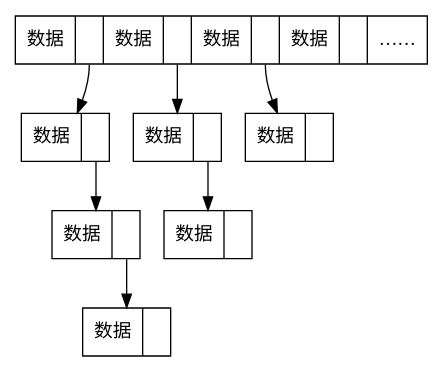
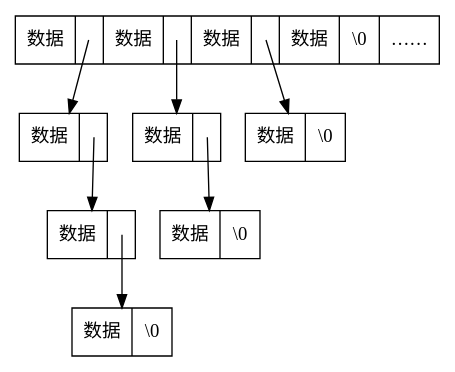
Before and after one commit to xavierwoo/data_structrues_notes: the fifth of 6 diagrams in src/第〇章-绪论.md, drawn with Graphviz. The commit also changed other lines of this file, not shown here.

Commit message:
优化图

````diff
--- a/src/第〇章-绪论.md
+++ b/src/第〇章-绪论.md
@@ -106,18 +123,18 @@
 ```dot
 digraph G{
     node[shape=record]
-    sData[label="数据|<p1>|数据 |<p2>|数据 |<p3>|数据||……"]
+    sData[label="数据|<p1>|数据 |<p2>|数据 |<p3>|数据|\\0|……"]
     A [label = "<data> 数据|<p> "];
     B [label = "<data> 数据|<p> "];
-    C [label = "<data> 数据|<p> "];
+    C [label = "<data> 数据|<p> \\0"];
     D [label = "<data> 数据|<p> "];
-    E [label = "<data> 数据|<p> "];
-    F [label = "<data> 数据|<p> "];
-    sData:p1->A
-    A:p->B
-    B:p->C
-    sData:p2->D
-    D:p->E
-    sData:p3->F
+    E [label = "<data> 数据|<p> \\0"];
+    F [label = "<data> 数据|<p> \\0"];
+    sData:p1:c->A [tailclip=false]
+    A:p:c->B [tailclip=false]
+    B:p:c->C [tailclip=false]
+    sData:p2:c->D [tailclip=false]
+    D:p:c->E [tailclip=false]
+    sData:p3:c->F [tailclip=false]
 }
 ```
````
